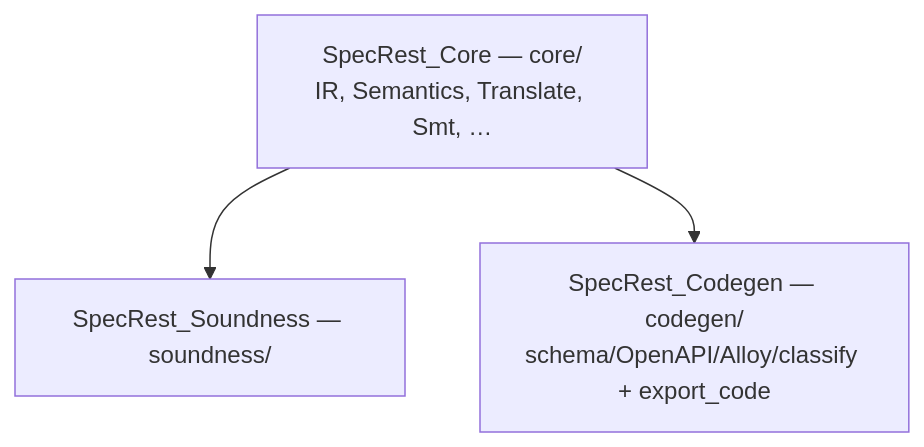
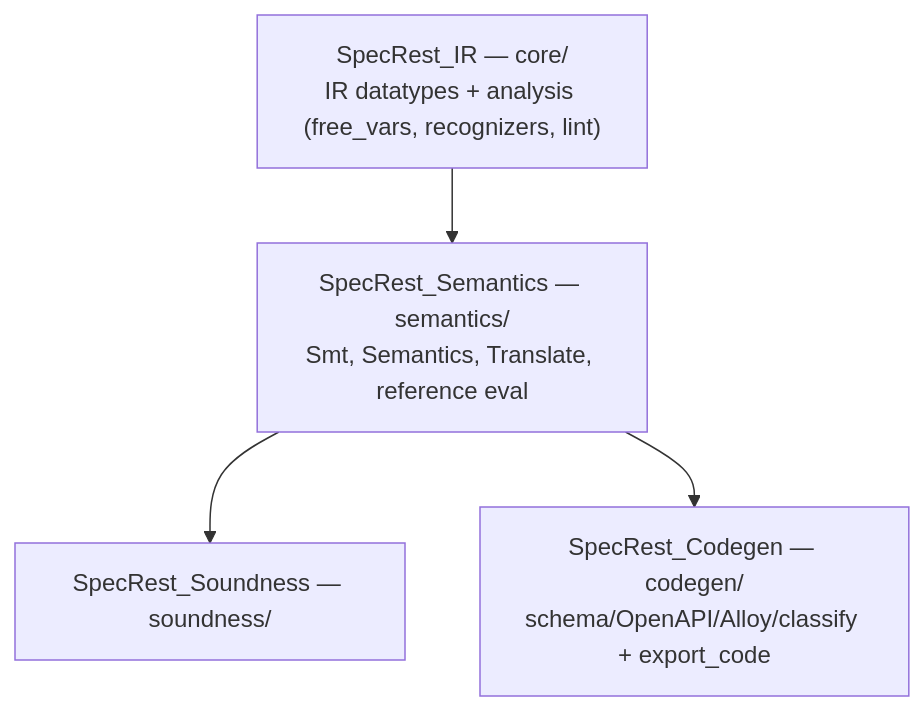
Before and after one commit to HardMax71/spec_to_rest: the diagram in proofs/isabelle/README.md, drawn with Mermaid. The commit also changed other lines of this file and 36 other files, not shown here.

````diff
--- a/proofs/isabelle/README.md
+++ b/proofs/isabelle/README.md
@@ -46,6 +51,7 @@
 ```mermaid
 graph TD
-  Core["SpecRest_Core — core/<br/>IR, Semantics, Translate, Smt, …"]
-  Core --> Soundness["SpecRest_Soundness — soundness/"]
-  Core --> Codegen["SpecRest_Codegen — codegen/<br/>schema/OpenAPI/Alloy/classify + export_code"]
+  IR["SpecRest_IR — core/<br/>IR datatypes + analysis (free_vars, recognizers, lint)"]
+  IR --> Sem["SpecRest_Semantics — semantics/<br/>Smt, Semantics, Translate, reference eval"]
+  Sem --> Soundness["SpecRest_Soundness — soundness/"]
+  Sem --> Codegen["SpecRest_Codegen — codegen/<br/>schema/OpenAPI/Alloy/classify + export_code"]
 ```
````
